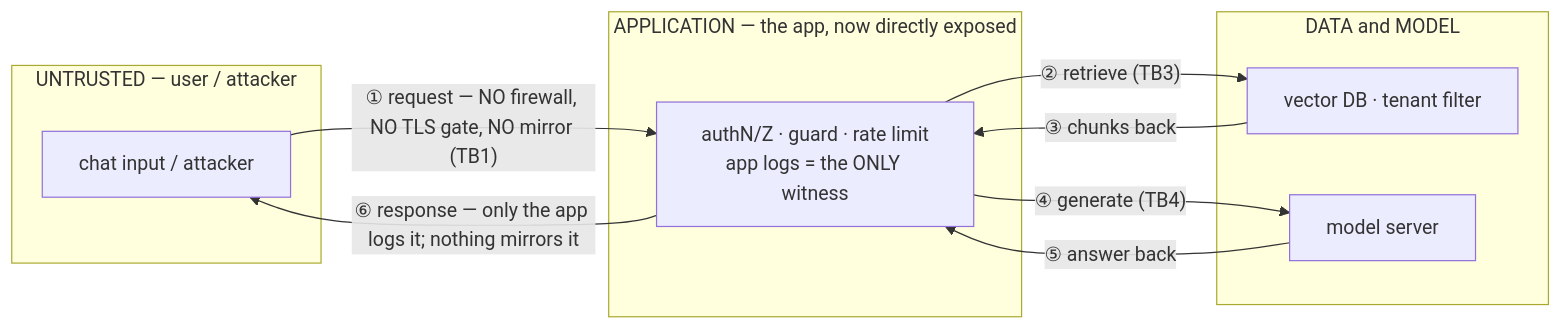
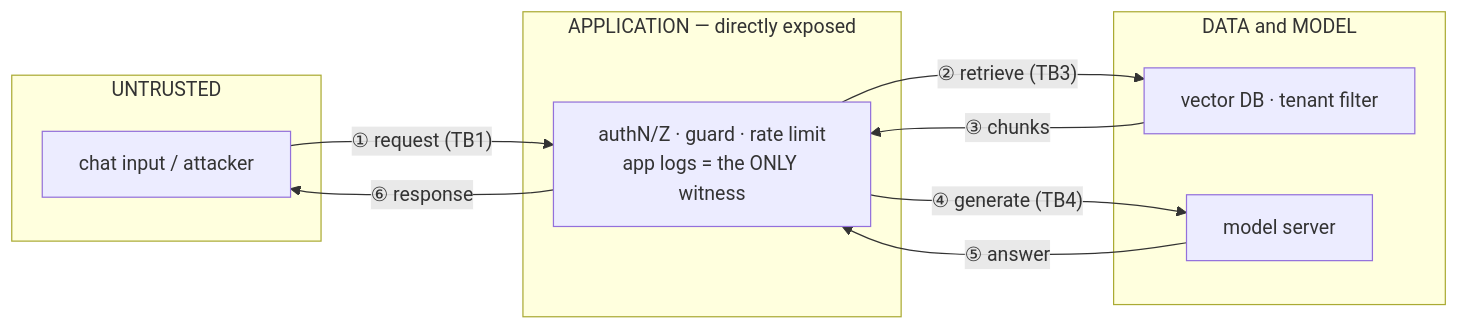
One commit to ryayres-fox/Security changed the sixth of 11 diagrams in lab-journal/rag-and-ai-probe.md. Above: the diagram before and after it, drawn with Mermaid. The commit also changed other lines of this file and 5 other files, not shown here.

First line of the commit message:
Lab journal: legible diagrams, and the agentic-services page (#90)

````diff
--- a/lab-journal/rag-and-ai-probe.md
+++ b/lab-journal/rag-and-ai-probe.md
@@ -296,19 +302,19 @@
 ```mermaid
 graph LR
-  subgraph Z0["UNTRUSTED — user / attacker"]
+  subgraph Z0["UNTRUSTED"]
     IN["chat input / attacker"]
   end
-  subgraph Z2["APPLICATION — the app, now directly exposed"]
+  subgraph Z2["APPLICATION — directly exposed"]
     APP["authN/Z · guard · rate limit<br/>app logs = the ONLY witness"]
   end
   subgraph Z3["DATA and MODEL"]
     QD["vector DB · tenant filter"]
     ML["model server"]
   end
-  IN -->|"① request — NO firewall, NO TLS gate, NO mirror (TB1)"| APP
+  IN -->|"① request (TB1)"| APP
   APP -->|"② retrieve (TB3)"| QD
-  QD -->|"③ chunks back"| APP
+  QD -->|"③ chunks"| APP
   APP -->|"④ generate (TB4)"| ML
-  ML -->|"⑤ answer back"| APP
-  APP -->|"⑥ response — only the app logs it; nothing mirrors it"| IN
+  ML -->|"⑤ answer"| APP
+  APP -->|"⑥ response"| IN
 ```
````
